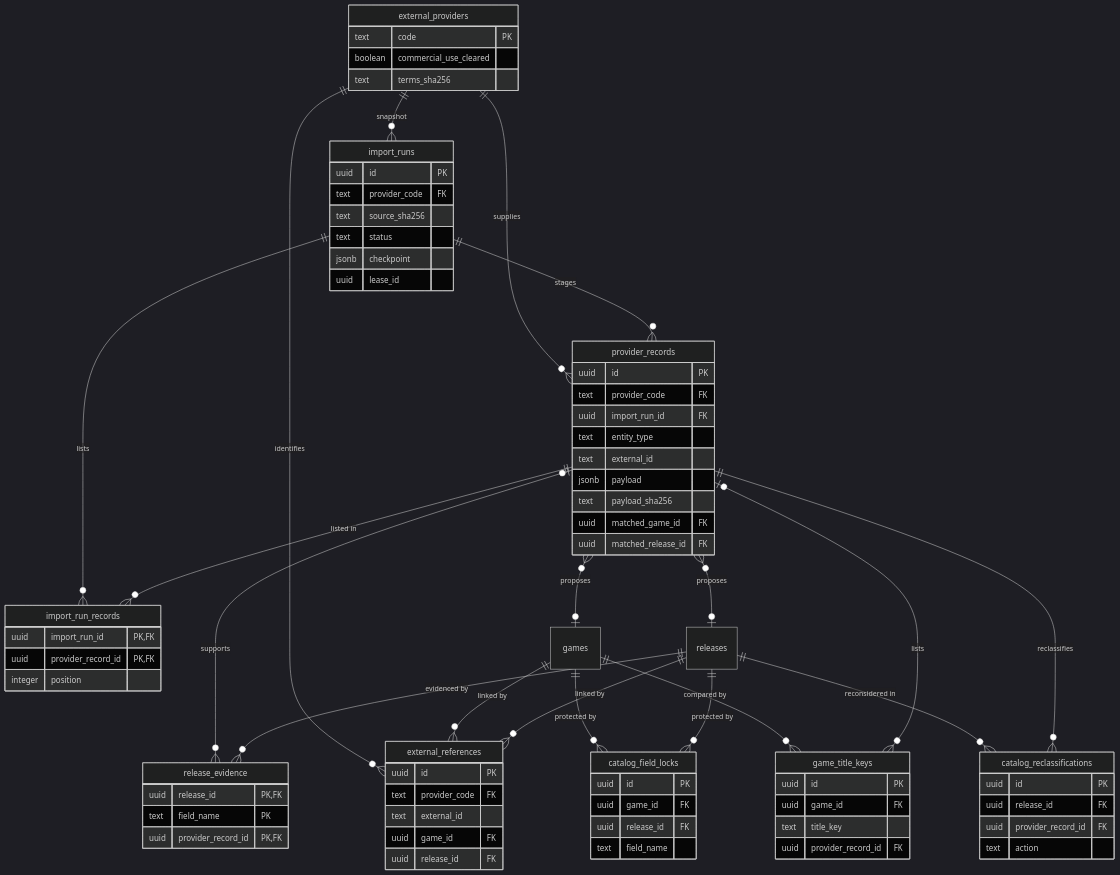
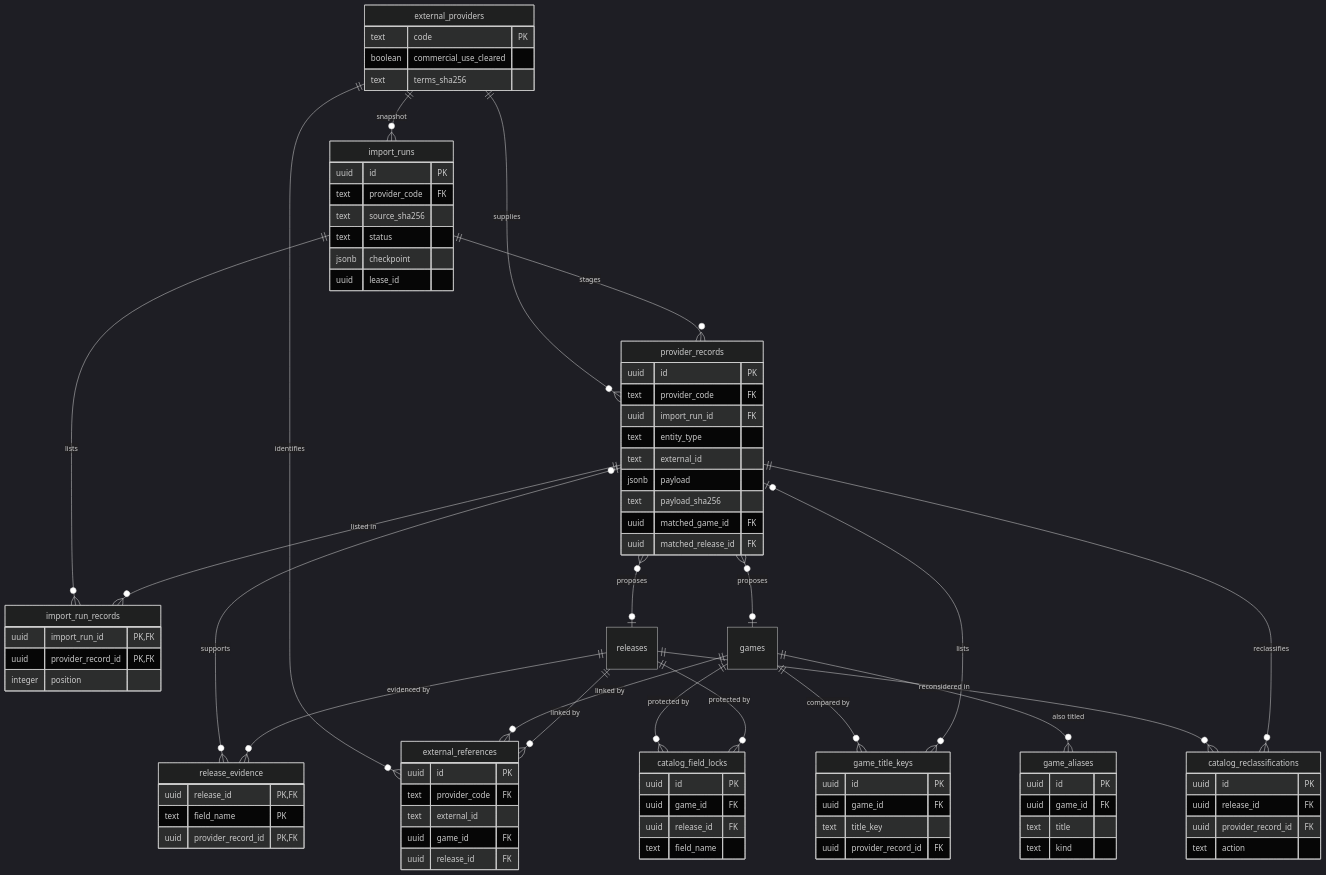
One commit to lesa0208/my-game-dex changed diagram 14 of 14 in docs/architecture/relationships.md. Above: the diagram before and after it, drawn with Mermaid (dark theme). The commit also changed 36 other files, not shown here.

```diff
--- a/docs/architecture/relationships.md
+++ b/docs/architecture/relationships.md
@@ -704,6 +704,7 @@
   releases ||--o{ external_references : "linked by"
   games ||--o{ catalog_field_locks : "protected by"
   games ||--o{ game_title_keys : "compared by"
+  games ||--o{ game_aliases : "also titled"
   releases ||--o{ catalog_reclassifications : "reconsidered in"
   provider_records ||--o{ catalog_reclassifications : "reclassifies"
   provider_records o|--o{ game_title_keys : "lists"
@@ -756,6 +757,12 @@
     uuid provider_record_id FK
     text action
   }
+  game_aliases {
+    uuid id PK
+    uuid game_id FK
+    text title
+    text kind
+  }
   game_title_keys {
     uuid id PK
     uuid game_id FK
```
